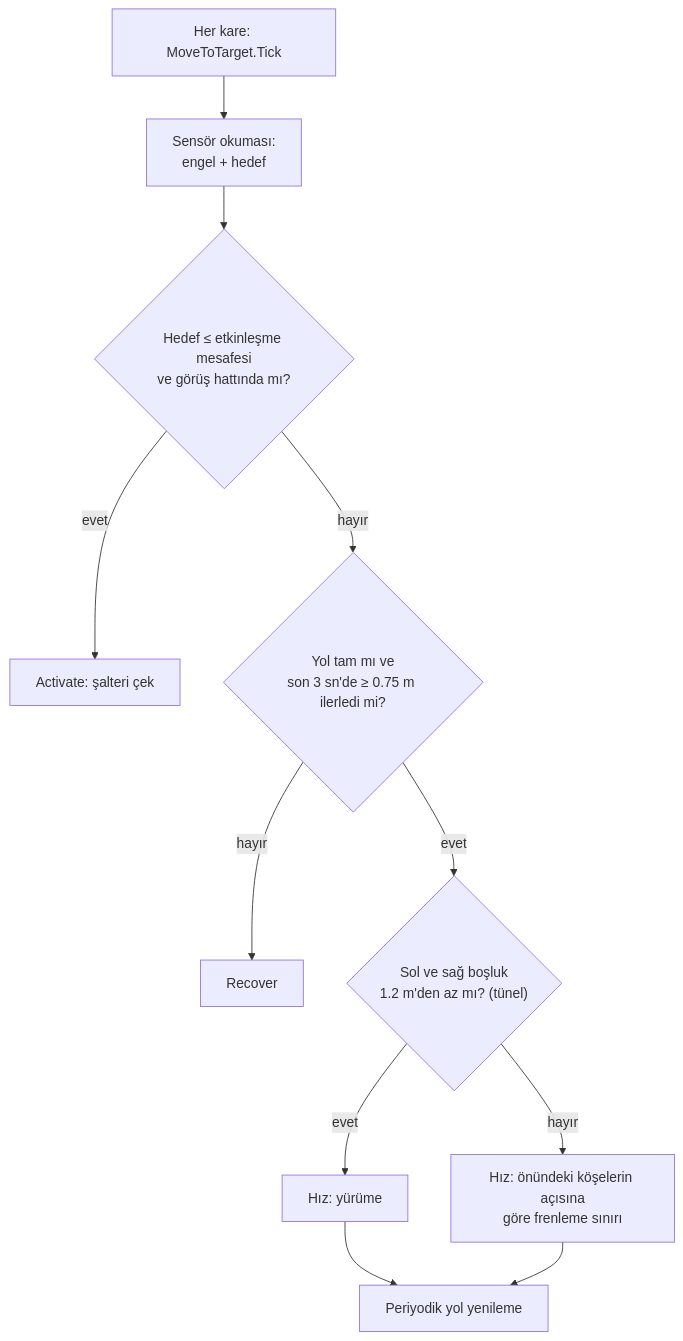
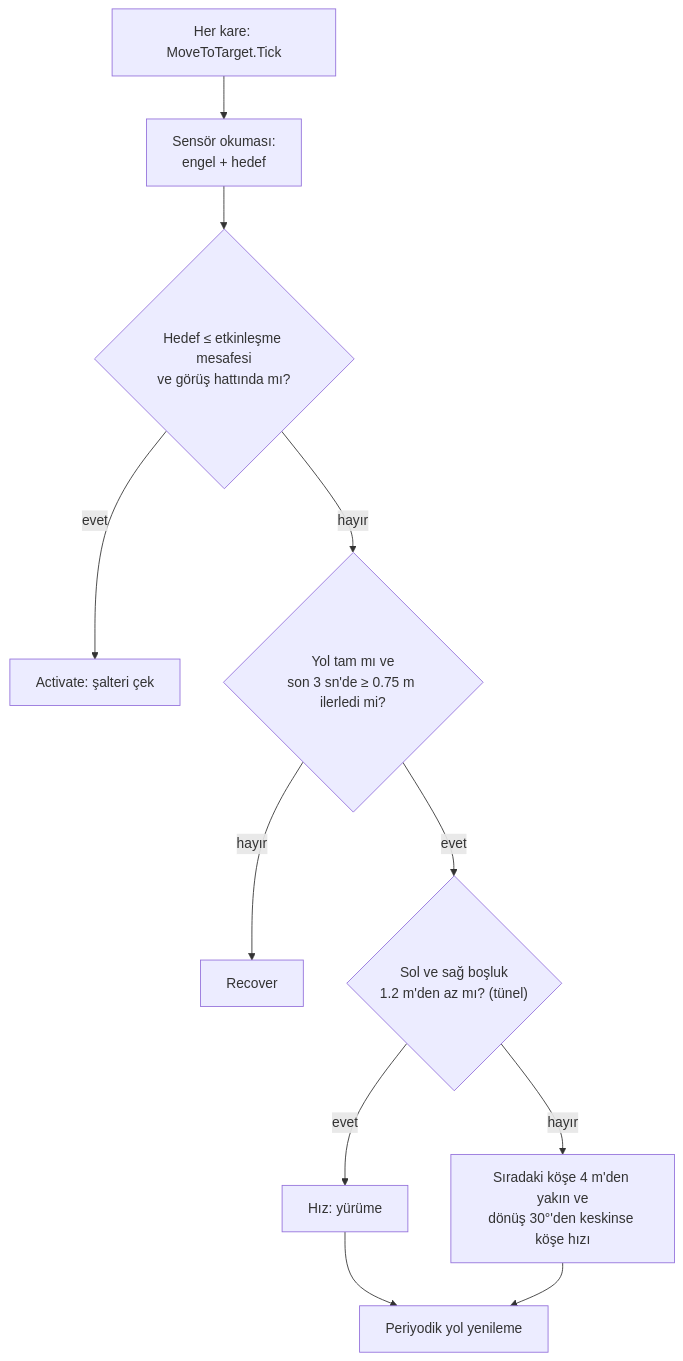
The fourth of 6 diagrams in README.md (farukbingol/Yazlab1.1), drawn with Mermaid before and after one commit. The commit also changed other lines of this file and 2 other files, not shown here.

````diff
--- a/README.md
+++ b/README.md
@@ -310,13 +310,13 @@
 ```mermaid
 flowchart TD
     T["Her kare: MoveToTarget.Tick"] --> S["Sensör okuması:<br/>engel + hedef"]
     S --> A{"Hedef ≤ etkinleşme mesafesi<br/>ve görüş hattında mı?"}
     A -- evet --> ACT["Activate: şalteri çek"]
     A -- hayır --> B{"Yol tam mı ve<br/>son 3 sn'de ≥ 0.75 m ilerledi mi?"}
     B -- hayır --> R[Recover]
     B -- evet --> C{"Sol ve sağ boşluk<br/>1.2 m'den az mı? (tünel)"}
     C -- evet --> W["Hız: yürüme"]
-    C -- hayır --> K["Hız: önündeki köşelerin açısına<br/>göre frenleme sınırı"]
+    C -- hayır --> K["Sıradaki köşe 4 m'den yakın ve<br/>dönüş 30°'den keskinse köşe hızı"]
     W --> P[Periyodik yol yenileme]
     K --> P
 ```
````
